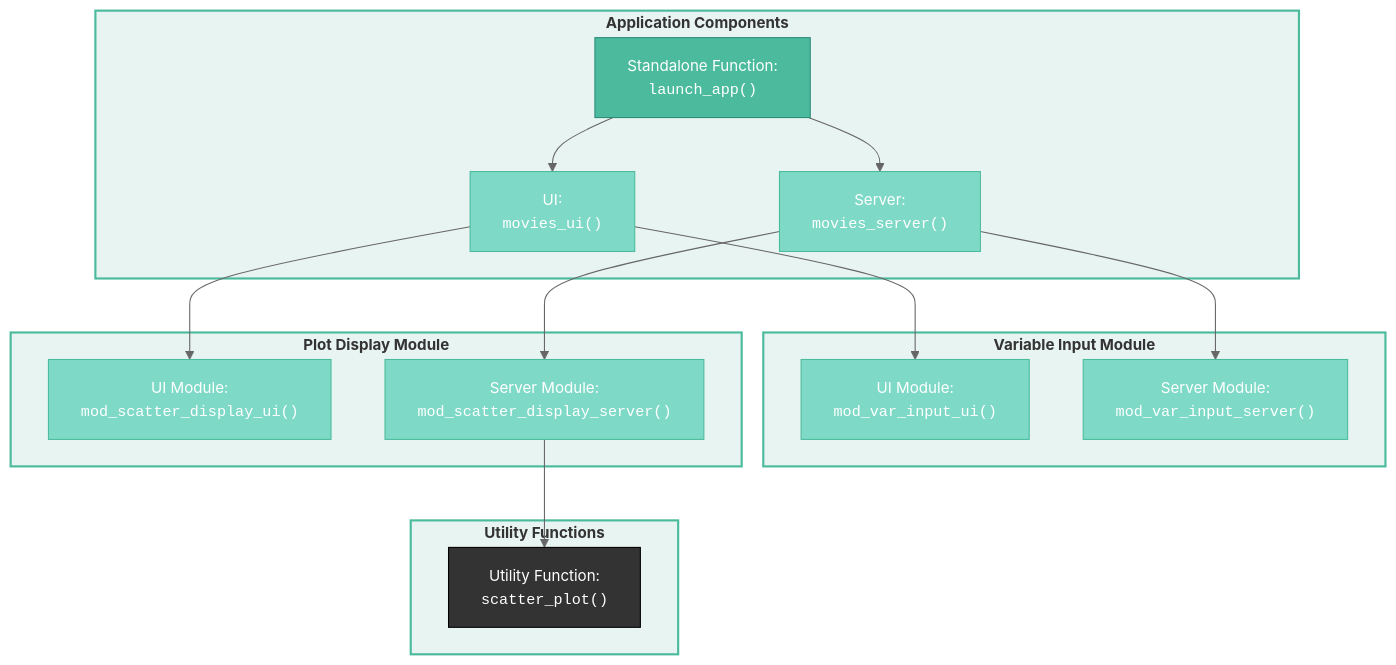
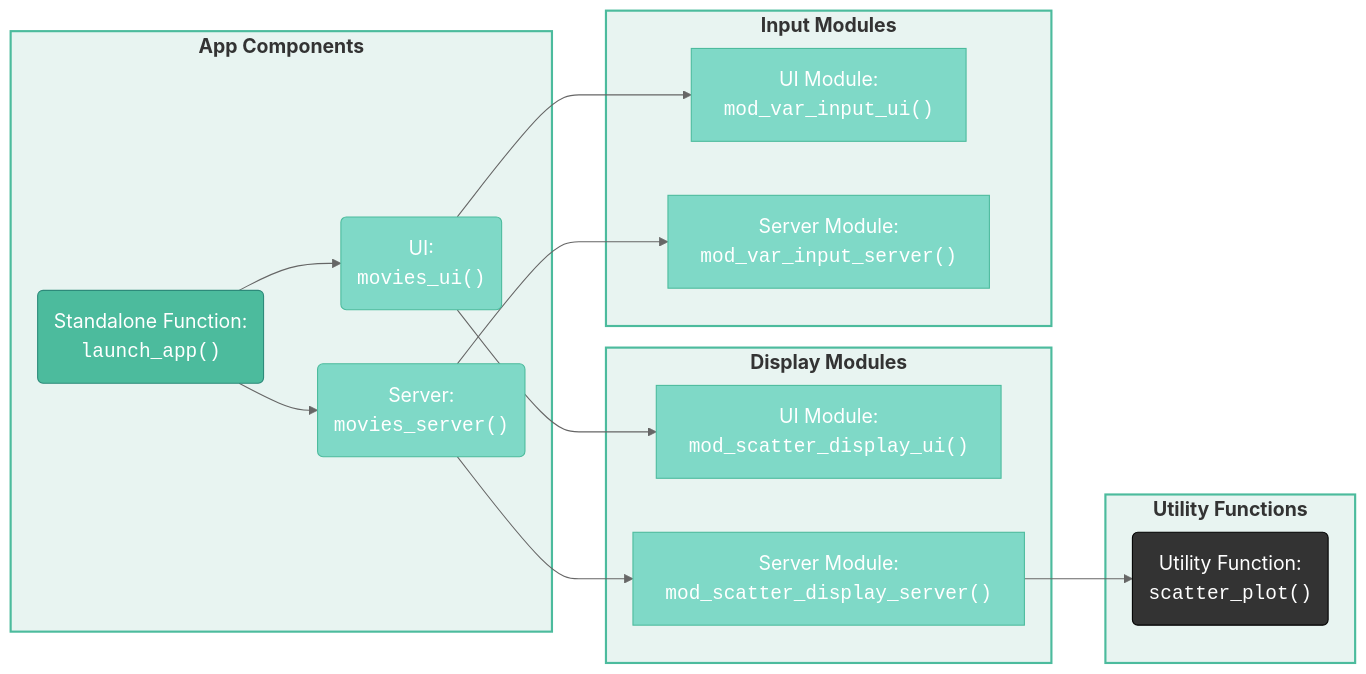
The fifth of 5 diagrams in document.qmd (mjfrigaard/shiny-app-pkgs), drawn with Mermaid before and after one commit. The commit also changed other lines of this file and 4 other files, not shown here.

````diff
--- a/document.qmd
+++ b/document.qmd
@@ -1143,42 +1148,47 @@
 ```{mermaid}
 %%| fig-cap: 'The updated `@family` tag'
 %%| fig-align: center
-%%{init: {'theme': 'neutral', 'themeVariables': { 'fontFamily': 'monospace', "fontSize":"14px"}}}%%
-flowchart TD
-    subgraph AppCom["<strong>Application Components</strong>"]
-        launch_app["Standalone Function:<br><code>launch_app()</code>"]
-        UI["UI:<br><code>movies_ui()</code>"]
-        Server["Server:<br><code>movies_server()</code>"]
+%%{init: {'theme': 'neutral', 'themeVariables': { 'fontFamily': 'monospace', "fontSize":"18px"}}}%%
+
+flowchart LR
+    subgraph AppCom["<strong>App Components</strong>"]
+        launch_app("Standalone Function:<br><code>launch_app()</code>")
+        UI("UI:<br><code>movies_ui()</code>")
+        Server("Server:<br><code>movies_server()</code>")
     end
-    subgraph Vars["<strong>Variable Input Module</strong>"]
+    
+    subgraph Graph["<strong>Display Modules</strong>"]
+        mod_scatter_display_ui["UI Module:<br><code>mod_scatter_display_ui()</code>"]
+        mod_scatter_display_server["Server Module:<br><code>mod_scatter_display_server()</code>"]
+    end
+    
+    subgraph Vars["<strong>Input Modules</strong>"]
         mod_var_input_ui["UI Module:<br><code>mod_var_input_ui()</code>"]
         mod_var_input_server["Server Module:<br><code>mod_var_input_server()</code>"]
     end
-    subgraph Graph["<strong>Plot Display Module</strong>"]
-        mod_scatter_display_ui["UI Module:<br><code>mod_scatter_display_ui()</code>"]
-        mod_scatter_display_server["Server Module:<br><code>mod_scatter_display_server()</code>"]
-    end
+
     subgraph Utils["<strong>Utility Functions</strong>"]
-        scatter_plot["Utility Function:<br><code>scatter_plot()</code>"]
+        scatter_plot("Utility Function:<br><code>scatter_plot()</code>")
     end
 
     launch_app --> UI
     launch_app --> Server
     UI --> mod_var_input_ui
     UI --> mod_scatter_display_ui
     Server --> mod_var_input_server
     Server --> mod_scatter_display_server --> scatter_plot
 
     style AppCom fill:#e8f4f1,stroke:#4CBB9D,stroke-width:2px
     style Vars fill:#e8f4f1,stroke:#4CBB9D,stroke-width:2px
     style Graph fill:#e8f4f1,stroke:#4CBB9D,stroke-width:2px
     style Utils fill:#e8f4f1,stroke:#4CBB9D,stroke-width:2px
     style launch_app fill:#4CBB9D,color:#fff,stroke:#2d8a7a,stroke-width:1px
     style UI fill:#7fd9c7,color:#fff,stroke:#4CBB9D,stroke-width:1px
     style Server fill:#7fd9c7,color:#fff,stroke:#4CBB9D,stroke-width:1px
     style mod_var_input_ui fill:#7fd9c7,color:#fff,stroke:#4CBB9D,stroke-width:1px
     style mod_var_input_server fill:#7fd9c7,color:#fff,stroke:#4CBB9D,stroke-width:1px
     style mod_scatter_display_ui fill:#7fd9c7,color:#fff,stroke:#4CBB9D,stroke-width:1px
     style mod_scatter_display_server fill:#7fd9c7,color:#fff,stroke:#4CBB9D,stroke-width:1px
     style scatter_plot fill:#333,color:#fff,stroke:#000,stroke-width:1px
+    
 ```
````
